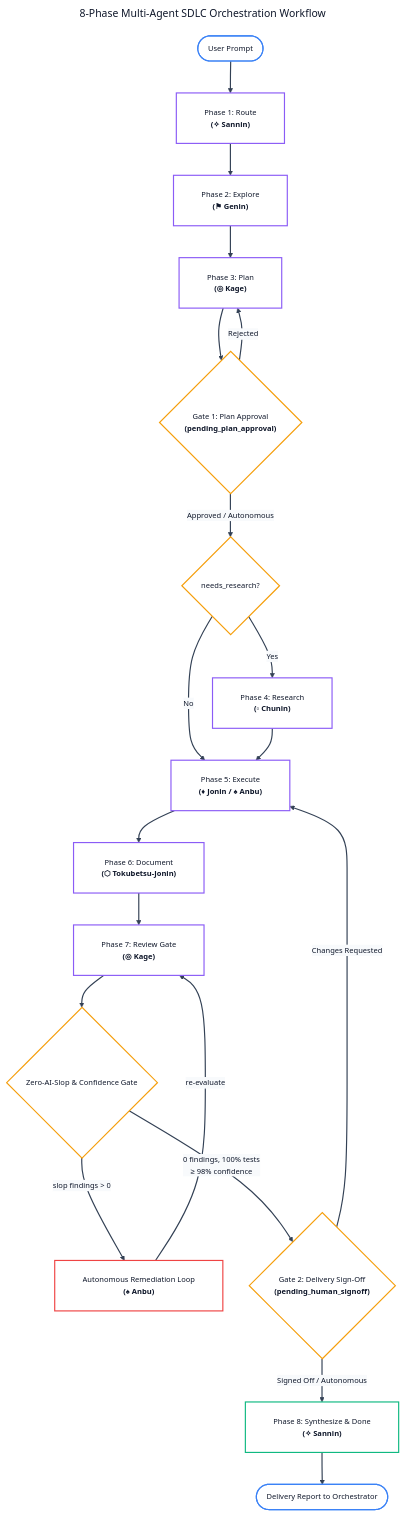
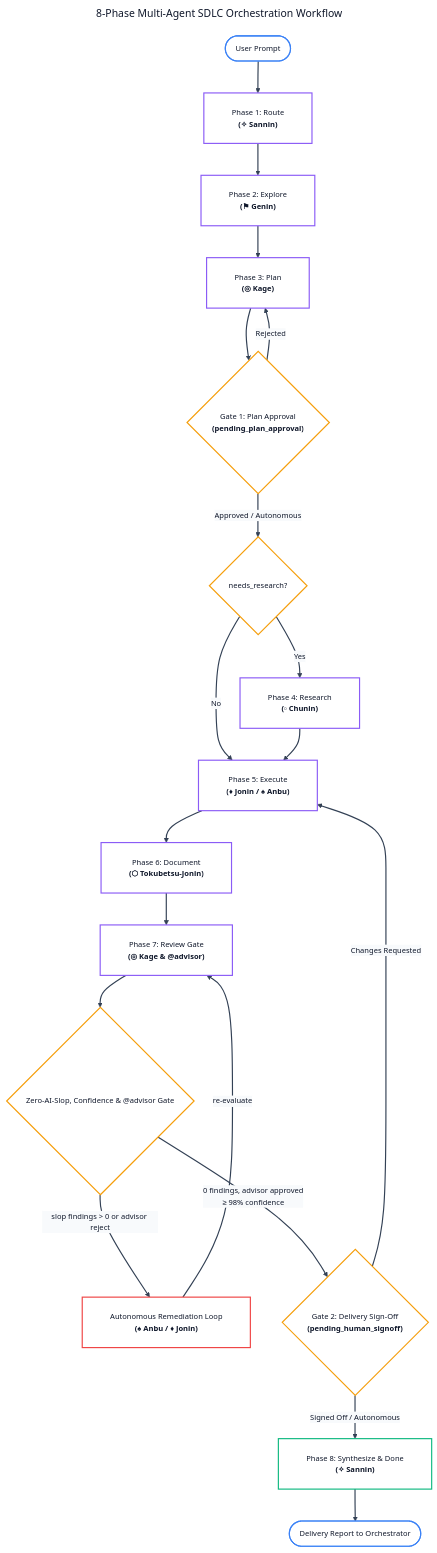
Before and after one commit to andycungkrinx91/konoha: the second of 2 diagrams in docs/ARCHITECTURE.md, drawn with Mermaid. The commit also changed other lines of this file and 30 other files, not shown here.

First line of the commit message:
feat(guardrails,workflow,docs): implement polyglot guardrails, @advisor review gate, OMP demo asset, and full 8-client sync

````diff
--- a/docs/ARCHITECTURE.md
+++ b/docs/ARCHITECTURE.md
@@ -332,68 +332,68 @@
 ```mermaid
 ---
 title: 8-Phase Multi-Agent SDLC Orchestration Workflow
 config:
   theme: base
   themeVariables:
     darkMode: false
     background: '#ffffff'
     mainBkg: '#ffffff'
     primaryColor: '#ffffff'
     primaryTextColor: '#0f172a'
     primaryBorderColor: '#8b5cf6'
     lineColor: '#334155'
     arrowheadColor: '#334155'
     secondaryColor: '#f8fafc'
     tertiaryColor: '#ffffff'
     fontFamily: 'Inter, system-ui, -apple-system, sans-serif'
     fontSize: '13px'
   flowchart:
     nodeSpacing: 45
     rankSpacing: 55
     padding: 24
     wrappingWidth: 380
 ---
 flowchart TD
     %% Entry & Phase 1-3
     UserPrompt(["User Prompt"]) --> P1["Phase 1: Route<br/><b>(✧ Sannin)</b>"]
     P1 --> P2["Phase 2: Explore<br/><b>(⚑ Genin)</b>"]
     P2 --> P3["Phase 3: Plan<br/><b>(◎ Kage)</b>"]
 
     %% Gate 1: Human-in-the-Loop Plan Approval
     P3 --> Gate1{"Gate 1: Plan Approval<br/><b>(pending_plan_approval)</b>"}
     Gate1 -->|Approved / Autonomous| DecisionResearch{"needs_research?"}
     Gate1 -->|Rejected| P3
     DecisionResearch -->|Yes| P4["Phase 4: Research<br/><b>(▫ Chunin)</b>"]
     DecisionResearch -->|No| P5["Phase 5: Execute<br/><b>(♦ Jonin / ♠ Anbu)</b>"]
     P4 --> P5
 
     %% Execution & Documentation
     P5 --> P6["Phase 6: Document<br/><b>(⬡ Tokubetsu-Jonin)</b>"]
-    P6 --> P7["Phase 7: Review Gate<br/><b>(◎ Kage)</b>"]
+    P6 --> P7["Phase 7: Review Gate<br/><b>(◎ Kage &amp; @advisor)</b>"]
 
     %% Review Quality Gate & Autonomous Remediation Loop
-    P7 --> DecisionReview{"Zero-AI-Slop & Confidence Gate"}
-    DecisionReview -->|slop findings > 0| Remediation["Autonomous Remediation Loop<br/><b>(♠ Anbu)</b>"]
+    P7 --> DecisionReview{"Zero-AI-Slop, Confidence &amp; @advisor Gate"}
+    DecisionReview -->|slop findings &gt; 0 or advisor reject| Remediation["Autonomous Remediation Loop<br/><b>(♠ Anbu / ♦ Jonin)</b>"]
     Remediation -->|re-evaluate| P7
-    DecisionReview -->|"0 findings, 100% tests<br/>≥ 98% confidence"| Gate2{"Gate 2: Delivery Sign-Off<br/><b>(pending_human_signoff)</b>"}
+    DecisionReview -->|"0 findings, advisor approved<br/>≥ 98% confidence"| Gate2{"Gate 2: Delivery Sign-Off<br/><b>(pending_human_signoff)</b>"}
     Gate2 -->|Signed Off / Autonomous| P8["Phase 8: Synthesize & Done<br/><b>(✧ Sannin)</b>"]
     Gate2 -->|Changes Requested| P5
 
     %% Final Delivery
     P8 --> DeliveryReport(["Delivery Report to Orchestrator"])
 
     %% Styling Classes
     classDef startEnd fill:#ffffff,stroke:#3b82f6,stroke-width:2px,color:#0f172a;
     classDef phase fill:#ffffff,stroke:#8b5cf6,stroke-width:2px,color:#0f172a;
     classDef decision fill:#ffffff,stroke:#f59e0b,stroke-width:2px,color:#0f172a;
     classDef remediation fill:#ffffff,stroke:#ef4444,stroke-width:2px,color:#0f172a;
     classDef approved fill:#ffffff,stroke:#10b981,stroke-width:2px,color:#0f172a;
 
     class UserPrompt,DeliveryReport startEnd;
     class P1,P2,P3,P4,P5,P6,P7 phase;
     class Gate1,DecisionResearch,DecisionReview,Gate2 decision;
     class Remediation remediation;
     class P8 approved;
 
     linkStyle default stroke:#334155,stroke-width:2px;
 ```
````
